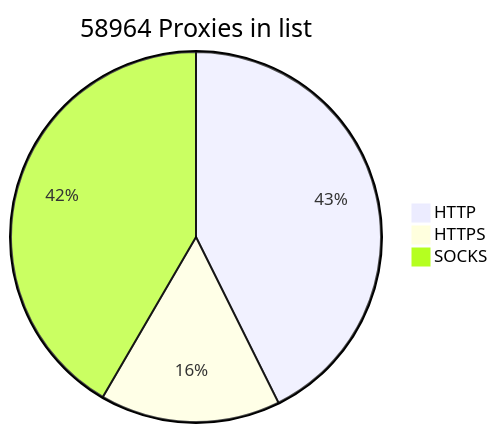
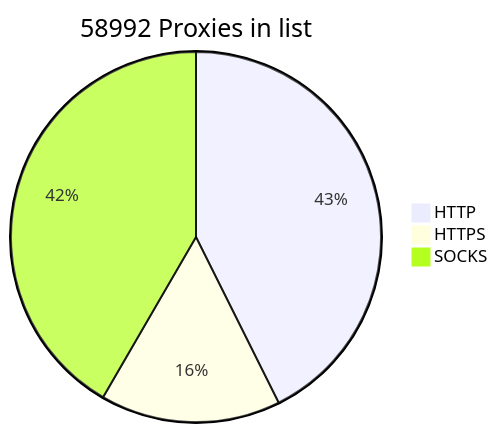
One commit to BlackSnowDot/proxylist-update-every-minute changed the diagram in README.md. Above: the diagram before and after it, drawn with Mermaid.

````diff
--- a/README.md
+++ b/README.md
@@ -2,6 +2,6 @@
 ```mermaid
-pie title 58964 Proxies in list
+pie title 58992 Proxies in list
     "HTTP" : 28721
-    "HTTPS": 10598
-    "SOCKS" : 28017
+    "HTTPS": 10596
+    "SOCKS" : 28047
 ```
````
